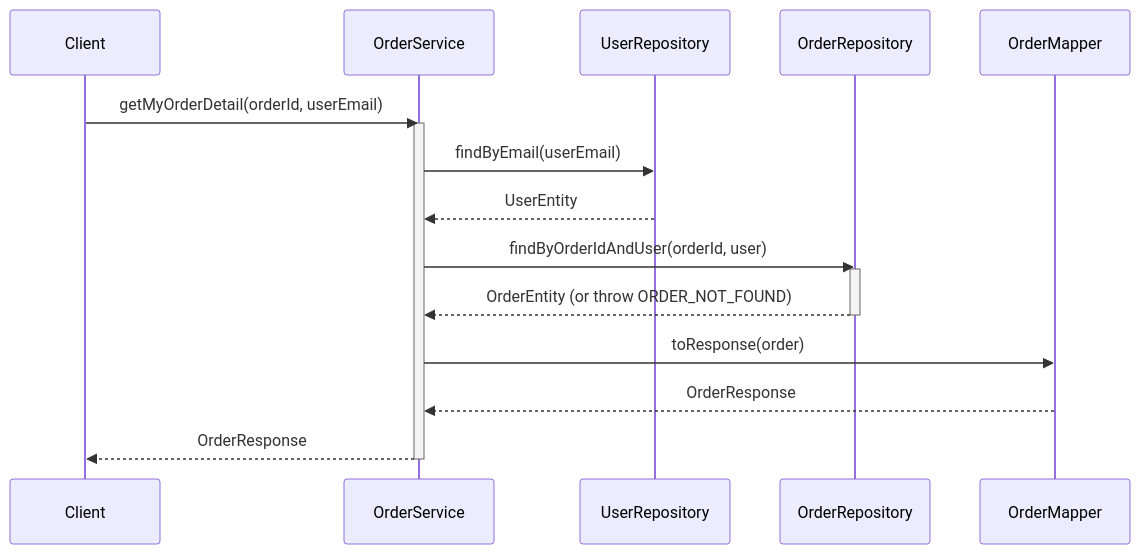
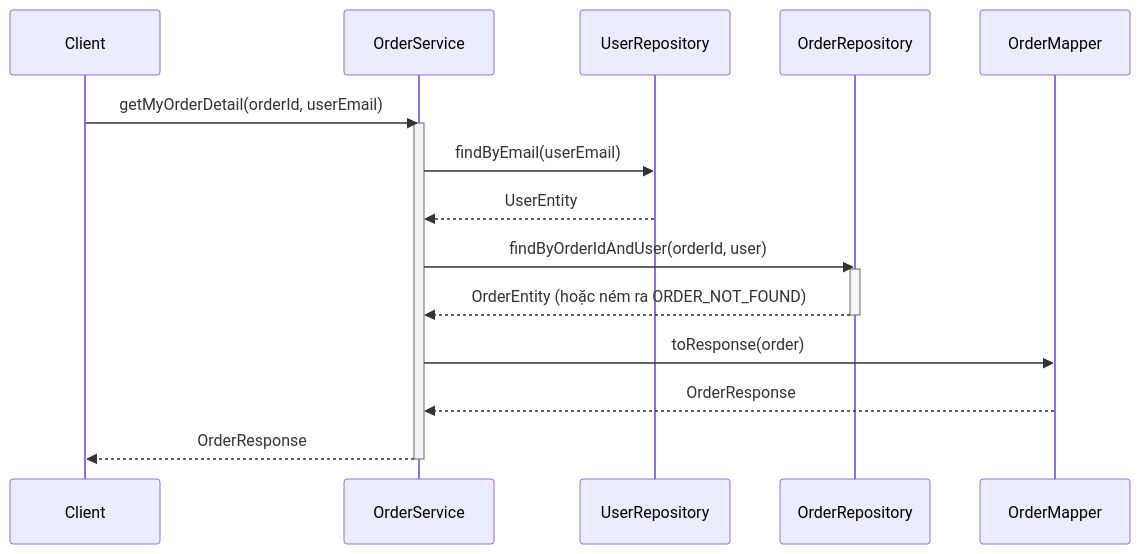
Before and after one commit to aquoc09/easymall: the third of 7 diagrams in .agent/sequence/order_service_sequence_diagrams.md, drawn with Mermaid. The commit also changed other lines of this file and 18 other files, not shown here.

Commit message:
UPDATE: Sequence diagram vietnamese

````diff
--- a/.agent/sequence/order_service_sequence_diagrams.md
+++ b/.agent/sequence/order_service_sequence_diagrams.md
@@ -132,25 +132,25 @@
 ```mermaid
 sequenceDiagram
     participant Client
     participant OrderService
     participant UserRepository
     participant OrderRepository
     participant OrderMapper
 
     Client->>OrderService: getMyOrderDetail(orderId, userEmail)
     activate OrderService
 
     OrderService->>UserRepository: findByEmail(userEmail)
     UserRepository-->>OrderService: UserEntity
 
     OrderService->>OrderRepository: findByOrderIdAndUser(orderId, user)
     activate OrderRepository
-    OrderRepository-->>OrderService: OrderEntity (or throw ORDER_NOT_FOUND)
+    OrderRepository-->>OrderService: OrderEntity (hoặc ném ra ORDER_NOT_FOUND)
     deactivate OrderRepository
 
     OrderService->>OrderMapper: toResponse(order)
     OrderMapper-->>OrderService: OrderResponse
 
     OrderService-->>Client: OrderResponse
     deactivate OrderService
 ```
````
